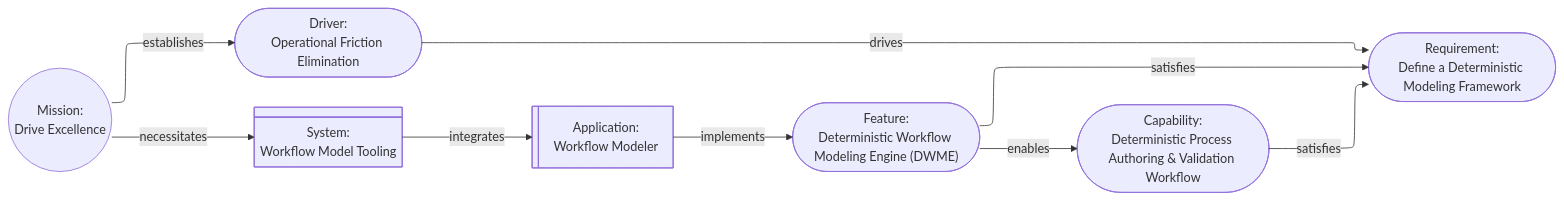
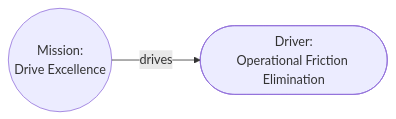
The diagram in .github/instructions/Aurora.instructions.md (JEleniel/aurora), drawn with Mermaid before and after one commit. The commit also changed other lines of this file and 279 other files, not shown here.

````diff
--- a/.github/instructions/Aurora.instructions.md
+++ b/.github/instructions/Aurora.instructions.md
@@ -51,20 +43,6 @@
 ```mermaid
 %%{init: {'flowchart': {'defaultRenderer': 'elk'}, 'themeVariables': { 'clusterBkg': 'transparent' }}}%%
 graph LR
-	drive_excellence(("`Mission:<br />Drive Excellence`"))
+	drive_excellence(("`Mission:<br />Drive Excellence`")) -- drives -->
 	operational_friction_elimination(["`Driver:<br />Operational Friction Elimination`"])
-	define_a_deterministic_modeling_framework(["`Requirement:<br />Define a Deterministic Modeling Framework`"])
-	deterministic_process_authoring(["`Capability:<br />Deterministic Process Authoring & Validation Workflow`"])
-	deterministic_workflow_modeling_engine(["`Feature:<br />Deterministic Workflow Modeling Engine (DWME)`"])
-	workflow__model_tooling["`System:<br />Workflow Model Tooling`"]@{shape: div-rect}
-	workflow_modeler["`Application:<br />Workflow Modeler`"]@{shape: lin-rect}
-
-	drive_excellence -- establishes --> operational_friction_elimination
-	operational_friction_elimination -- drives --> define_a_deterministic_modeling_framework
-	deterministic_process_authoring -- satisfies --> define_a_deterministic_modeling_framework
-	deterministic_workflow_modeling_engine -- satisfies --> define_a_deterministic_modeling_framework
-	deterministic_workflow_modeling_engine -- enables --> deterministic_process_authoring
-	drive_excellence -- necessitates --> workflow__model_tooling
-	workflow__model_tooling -- integrates --> workflow_modeler
-	workflow_modeler -- implements --> deterministic_workflow_modeling_engine
 ```
````
